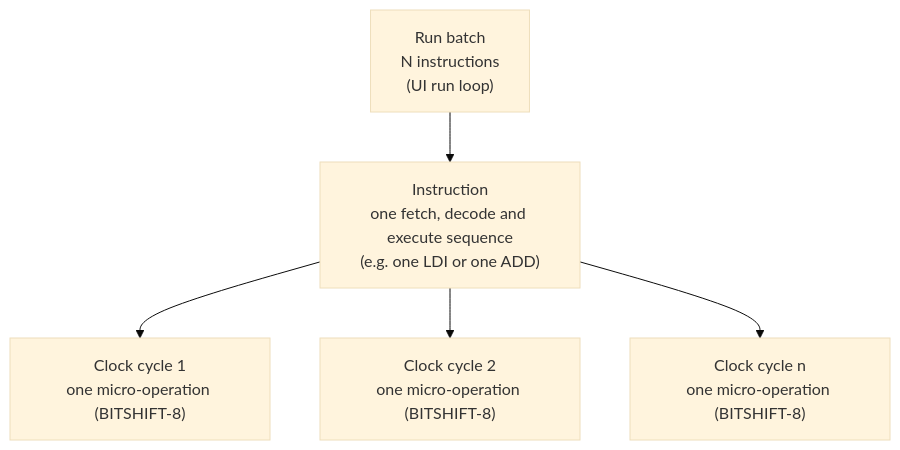
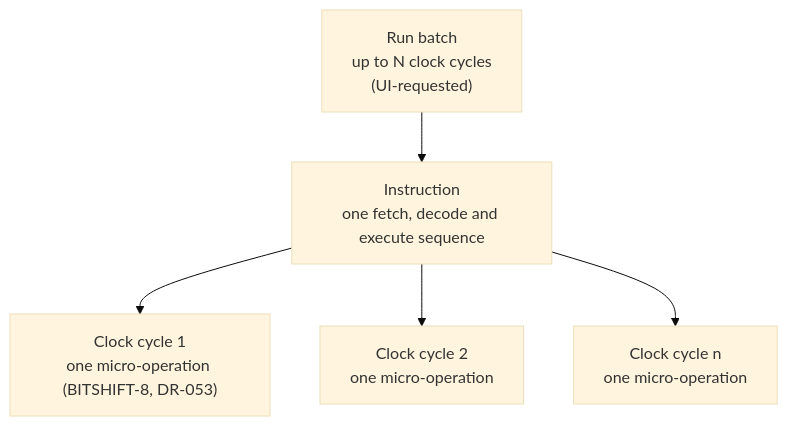
The first of 2 diagrams in docs/architecture/SIMULATION_PLATFORM.md (Browniesauce/BITSHIFT-CPU-Simulator), drawn with Mermaid (base theme) before and after one commit. The commit also changed other lines of this file and 15 other files, not shown here.

````diff
--- a/docs/architecture/SIMULATION_PLATFORM.md
+++ b/docs/architecture/SIMULATION_PLATFORM.md
@@ -30,8 +33,8 @@
 ```mermaid
 flowchart TB
-  I["Instruction<br/>one fetch, decode and execute sequence<br/>(e.g. one LDI or one ADD)"]
-  I --> C1["Clock cycle 1<br/>one micro-operation (BITSHIFT-8)"]
-  I --> C2["Clock cycle 2<br/>one micro-operation (BITSHIFT-8)"]
-  I --> Cn["Clock cycle n<br/>one micro-operation (BITSHIFT-8)"]
-  R["Run batch<br/>N instructions<br/>(UI run loop)"] --> I
+  I["Instruction<br/>one fetch, decode and execute sequence"]
+  I --> C1["Clock cycle 1<br/>one micro-operation (BITSHIFT-8, DR-053)"]
+  I --> C2["Clock cycle 2<br/>one micro-operation"]
+  I --> Cn["Clock cycle n<br/>one micro-operation"]
+  R["Run batch<br/>up to N clock cycles<br/>(UI-requested)"] --> I
 ```
````
